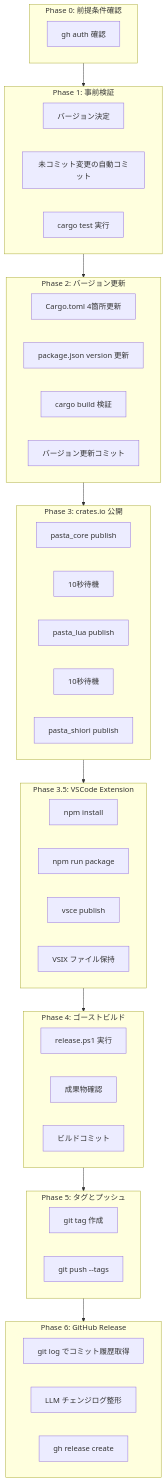
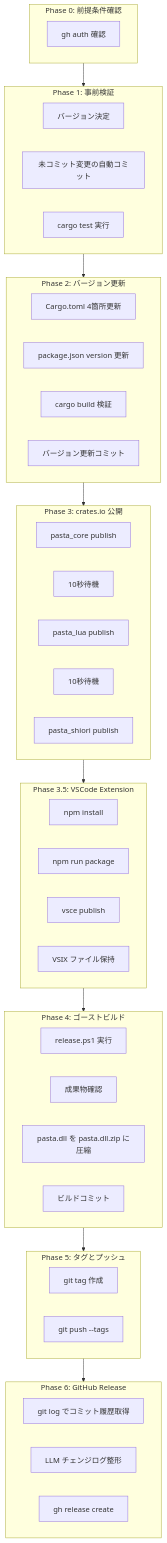
The first of 3 diagrams in .kiro/specs/release-workflow/design.md (ekicyou/pasta), drawn with Mermaid before and after one commit. The commit also changed other lines of this file and 2 other files, not shown here.

First line of the commit message:
fix(release-workflow): pasta.dll を pasta.dll.zip に変更

````diff
--- a/.kiro/specs/release-workflow/design.md
+++ b/.kiro/specs/release-workflow/design.md
@@ -48,59 +48,60 @@
 ```mermaid
 graph TB
     subgraph Phase0 [Phase 0: 前提条件確認]
         P0_1[gh auth 確認]
     end
 
     subgraph Phase1 [Phase 1: 事前検証]
         P1_1[バージョン決定]
         P1_2[未コミット変更の自動コミット]
         P1_3[cargo test 実行]
     end
 
     subgraph Phase2 [Phase 2: バージョン更新]
         P2_1[Cargo.toml 4箇所更新]
         P2_2[package.json version 更新]
         P2_3[cargo build 検証]
         P2_4[バージョン更新コミット]
     end
 
     subgraph Phase3 [Phase 3: crates.io 公開]
         P3_1[pasta_core publish]
         P3_2[10秒待機]
         P3_3[pasta_lua publish]
         P3_4[10秒待機]
         P3_5[pasta_shiori publish]
     end
 
     subgraph Phase3_5 [Phase 3.5: VSCode Extension]
         PV1[npm install]
         PV2[npm run package]
         PV3[vsce publish]
         PV4[VSIX ファイル保持]
     end
 
     subgraph Phase4 [Phase 4: ゴーストビルド]
         P4_1[release.ps1 実行]
         P4_2[成果物確認]
-        P4_3[ビルドコミット]
+        P4_3[pasta.dll を pasta.dll.zip に圧縮]
+        P4_4[ビルドコミット]
     end
 
     subgraph Phase5 [Phase 5: タグとプッシュ]
         P5_1[git tag 作成]
         P5_2[git push --tags]
     end
 
     subgraph Phase6 [Phase 6: GitHub Release]
         P6_1[git log でコミット履歴取得]
         P6_2[LLM チェンジログ整形]
         P6_3[gh release create]
     end
 
     Phase0 --> Phase1
     Phase1 --> Phase2
     Phase2 --> Phase3
     Phase3 --> Phase3_5
     Phase3_5 --> Phase4
     Phase4 --> Phase5
     Phase5 --> Phase6
 ```
````
